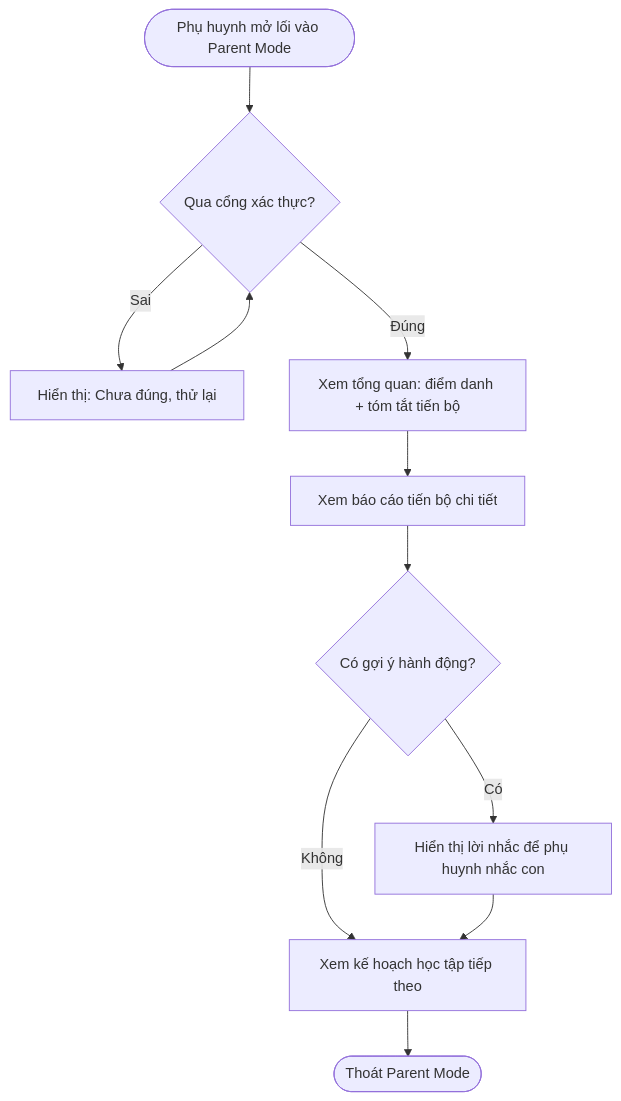
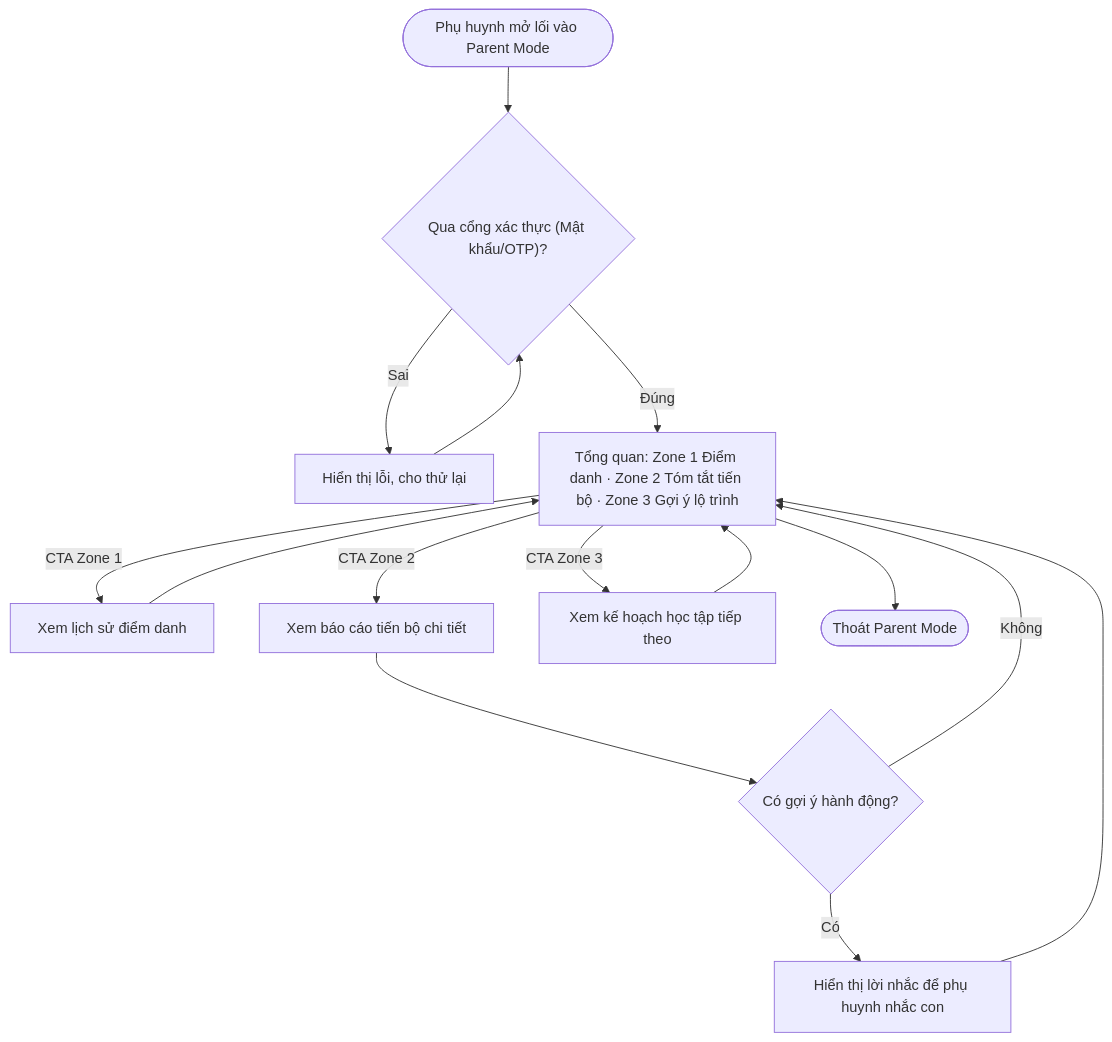
The diagram in 04_delivery/specs/parent-mode/parent-mode/AICNew-04-parent-mode.md (landangedupia/edupia-product), drawn with Mermaid before and after one commit. The commit also changed other lines of this file and 4 other files, not shown here.

````diff
--- a/04_delivery/specs/parent-mode/parent-mode/AICNew-04-parent-mode.md
+++ b/04_delivery/specs/parent-mode/parent-mode/AICNew-04-parent-mode.md
@@ -167,12 +185,16 @@
 ```mermaid
 flowchart TD
-    START(["Phụ huynh mở lối vào Parent Mode"]) --> GATE{"Qua cổng xác thực?"}
-    GATE -->|Sai| RETRY["Hiển thị: Chưa đúng, thử lại"] --> GATE
-    GATE -->|Đúng| OVERVIEW["Xem tổng quan: điểm danh + tóm tắt tiến bộ"]
-    OVERVIEW --> DETAIL["Xem báo cáo tiến bộ chi tiết"]
+    START(["Phụ huynh mở lối vào Parent Mode"]) --> GATE{"Qua cổng xác thực (Mật khẩu/OTP)?"}
+    GATE -->|Sai| RETRY["Hiển thị lỗi, cho thử lại"] --> GATE
+    GATE -->|Đúng| OVERVIEW["Tổng quan: Zone 1 Điểm danh · Zone 2 Tóm tắt tiến bộ · Zone 3 Gợi ý lộ trình"]
+    OVERVIEW -->|CTA Zone 1| HISTORY["Xem lịch sử điểm danh"]
+    OVERVIEW -->|CTA Zone 2| DETAIL["Xem báo cáo tiến bộ chi tiết"]
+    OVERVIEW -->|CTA Zone 3| PLAN["Xem kế hoạch học tập tiếp theo"]
+    HISTORY --> OVERVIEW
     DETAIL --> CTA{"Có gợi ý hành động?"}
     CTA -->|Có| REMIND["Hiển thị lời nhắc để phụ huynh nhắc con"]
-    CTA -->|Không| PLAN
-    REMIND --> PLAN["Xem kế hoạch học tập tiếp theo"]
-    PLAN --> EXIT(["Thoát Parent Mode"])
+    CTA -->|Không| OVERVIEW
+    REMIND --> OVERVIEW
+    PLAN --> OVERVIEW
+    OVERVIEW --> EXIT(["Thoát Parent Mode"])
 ```
````
